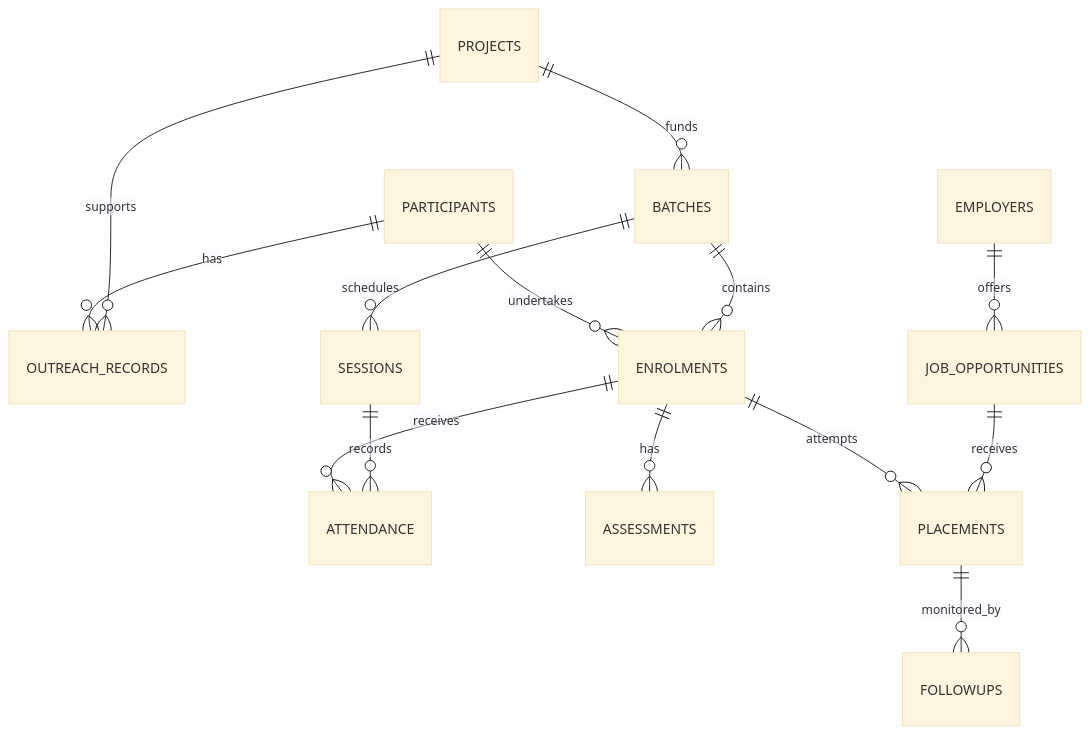
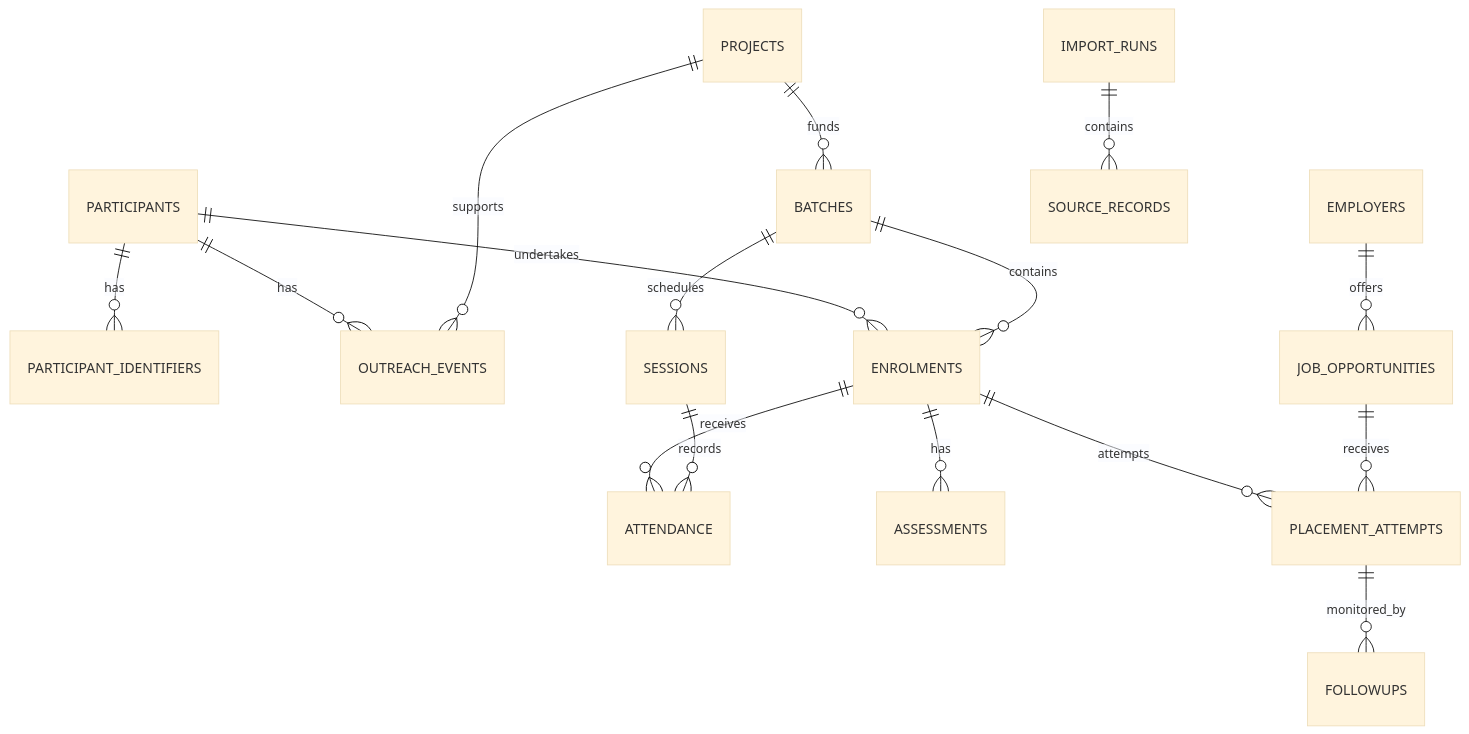
The diagram in docs/data-model.md (VoiceofNeedyFoundation/von-integrated-data-system), drawn with Mermaid (base theme) before and after one commit. The commit also changed other lines of this file and 14 other files, not shown here.

````diff
--- a/docs/data-model.md
+++ b/docs/data-model.md
@@ -54,16 +55,18 @@
 ```mermaid
 erDiagram
-    PARTICIPANTS ||--o{ OUTREACH_RECORDS : has
-    PROJECTS ||--o{ OUTREACH_RECORDS : supports
+    PARTICIPANTS ||--o{ PARTICIPANT_IDENTIFIERS : has
+    PARTICIPANTS ||--o{ OUTREACH_EVENTS : has
+    PROJECTS ||--o{ OUTREACH_EVENTS : supports
     PROJECTS ||--o{ BATCHES : funds
     PARTICIPANTS ||--o{ ENROLMENTS : undertakes
     BATCHES ||--o{ ENROLMENTS : contains
     BATCHES ||--o{ SESSIONS : schedules
     ENROLMENTS ||--o{ ATTENDANCE : receives
     SESSIONS ||--o{ ATTENDANCE : records
     ENROLMENTS ||--o{ ASSESSMENTS : has
     EMPLOYERS ||--o{ JOB_OPPORTUNITIES : offers
-    ENROLMENTS ||--o{ PLACEMENTS : attempts
-    JOB_OPPORTUNITIES ||--o{ PLACEMENTS : receives
-    PLACEMENTS ||--o{ FOLLOWUPS : monitored_by
+    ENROLMENTS ||--o{ PLACEMENT_ATTEMPTS : attempts
+    JOB_OPPORTUNITIES ||--o{ PLACEMENT_ATTEMPTS : receives
+    PLACEMENT_ATTEMPTS ||--o{ FOLLOWUPS : monitored_by
+    IMPORT_RUNS ||--o{ SOURCE_RECORDS : contains
 ```
````
